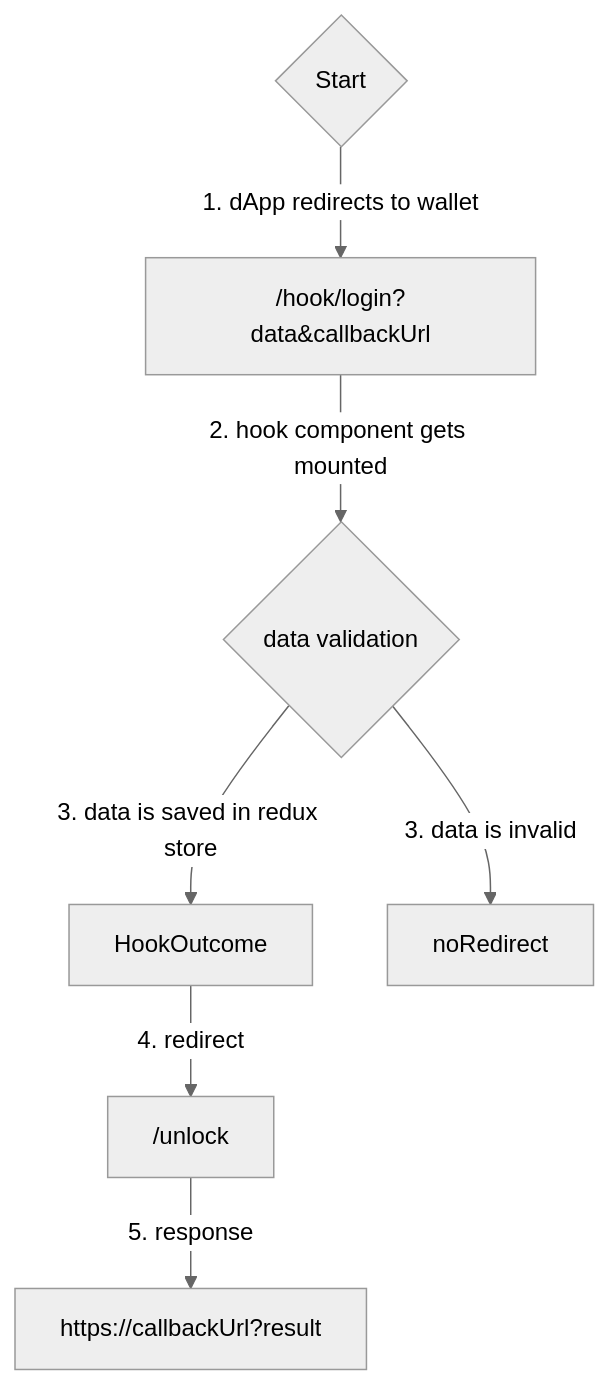
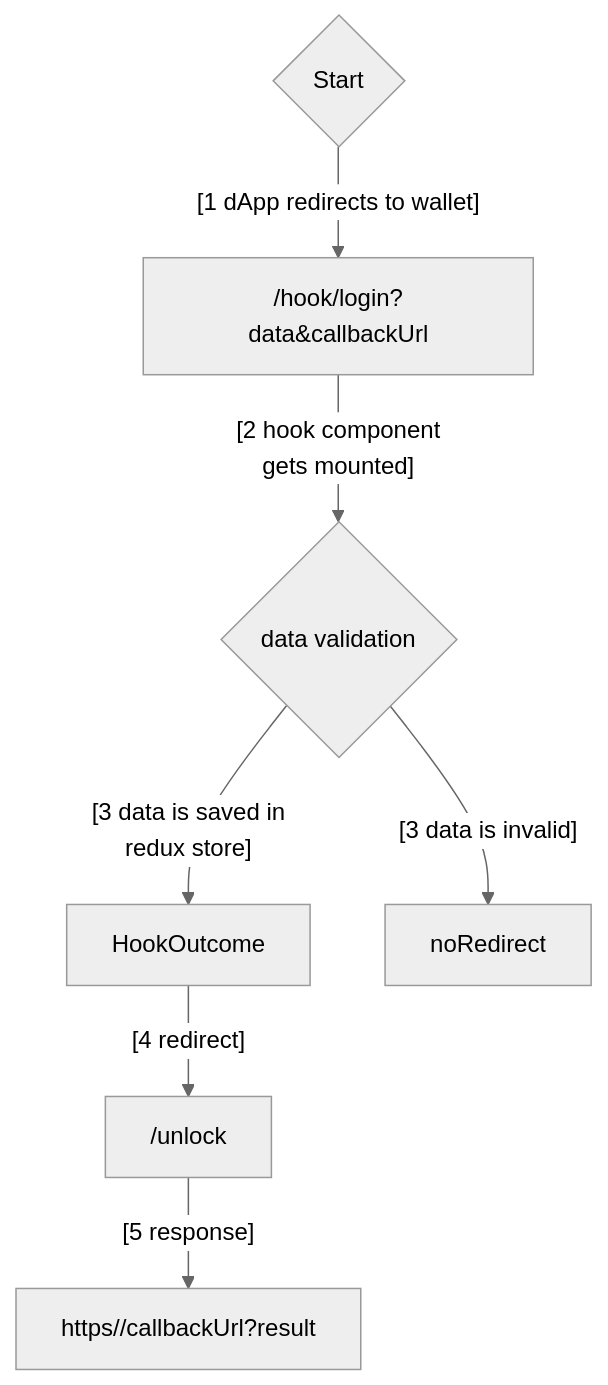
Before and after one commit to multiversx/mx-lite-wallet-dapp: the third of 3 diagrams in README.md, drawn with Mermaid (neutral theme). The commit also changed other lines of this file, not shown here.

````diff
--- a/README.md
+++ b/README.md
@@ -149,5 +148,5 @@
 ```mermaid
 flowchart TB;
-    id1{Start} -- 1. dApp redirects to wallet --> /hook/login?data&callbackUrl -- 2. hook component gets mounted --> id2{data validation} -- 3. data is saved in redux store --> HookOutcome -- 4. redirect --> /unlock -- 5. response --> https://callbackUrl?result
-	id2{data validation} -- 3. data is invalid --> noRedirect
+    id1{Start} -- [1 dApp redirects to wallet] --> /hook/login?data&callbackUrl -- [2 hook component <br/> gets mounted] --> id2{data validation} -- [3 data is saved in <br/> redux store] --> HookOutcome -- [4 redirect] --> /unlock -- [5 response] --> https//callbackUrl?result
+	id2{data validation} -- [3 data is invalid] --> noRedirect
 ```
````
